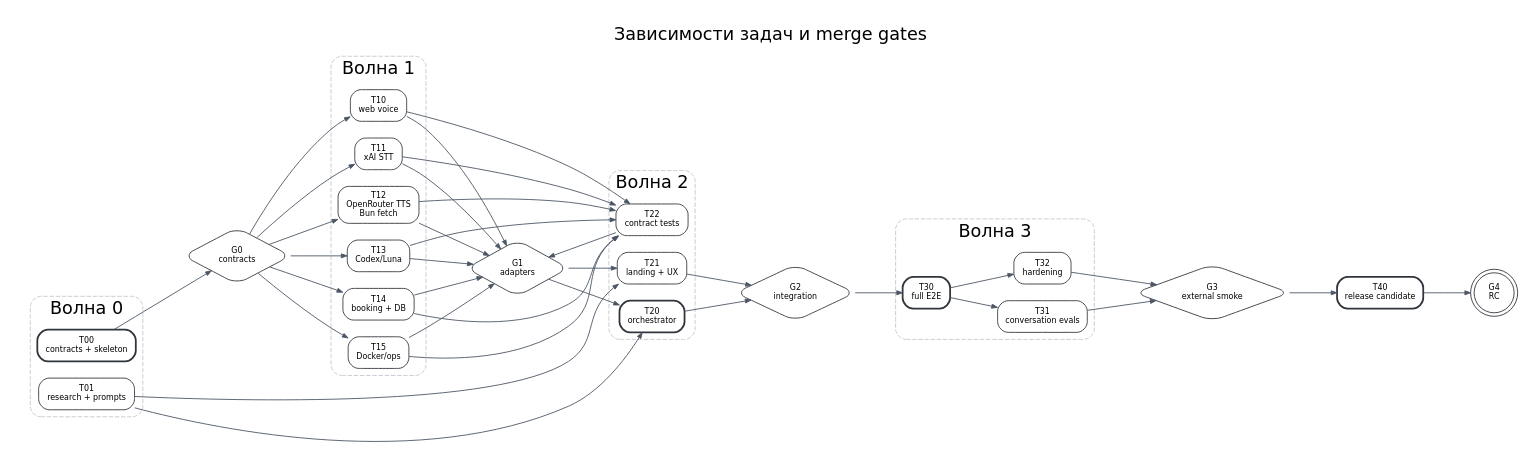
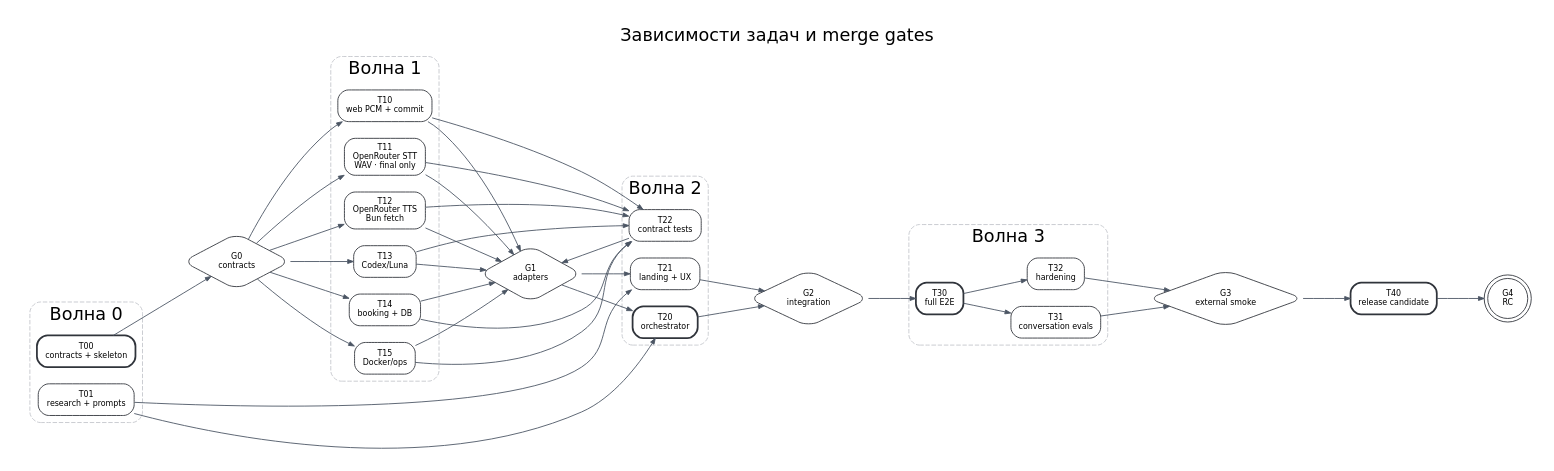
One commit to blockedby/botamin-voice changed the diagram in diagrams/07-task-dependencies.dot. Above: the diagram before and after it, drawn with Graphviz. The commit also changed 53 other files, not shown here.

First line of the commit message:
docs: make OpenRouter the only voice gateway (#8)

```diff
--- a/diagrams/07-task-dependencies.dot
+++ b/diagrams/07-task-dependencies.dot
@@ -1,50 +1,50 @@
 digraph G {
   graph [rankdir=LR, bgcolor="white", pad="0.25", nodesep="0.26", ranksep="0.75", fontname="DejaVu Sans", label="Зависимости задач и merge gates", labelloc=t, fontsize=20, compound=true];
   node [shape=box, style="rounded,filled", fillcolor="white", color="#30343b", fontname="DejaVu Sans", fontsize=9, margin="0.13,0.08"];
   edge [color="#4b5563", penwidth=1.0, arrowsize=0.65, fontname="DejaVu Sans", fontsize=7];
 
   subgraph cluster_w0 { label="Волна 0"; color="#c4c7cc"; style="rounded,dashed";
     t00 [label="T00\ncontracts + skeleton", penwidth=2.0];
     t01 [label="T01\nresearch + prompts"];
   }
   g0 [shape=diamond, label="G0\ncontracts"];
 
   subgraph cluster_w1 { label="Волна 1"; color="#c4c7cc"; style="rounded,dashed";
-    t10 [label="T10\nweb voice"];
-    t11 [label="T11\nxAI STT"];
+    t10 [label="T10\nweb PCM + commit"];
+    t11 [label="T11\nOpenRouter STT\nWAV · final only"];
     t12 [label="T12\nOpenRouter TTS\nBun fetch"];
     t13 [label="T13\nCodex/Luna"];
     t14 [label="T14\nbooking + DB"];
     t15 [label="T15\nDocker/ops"];
   }
   g1 [shape=diamond, label="G1\nadapters"];
 
   subgraph cluster_w2 { label="Волна 2"; color="#c4c7cc"; style="rounded,dashed";
     t20 [label="T20\norchestrator", penwidth=2.0];
     t21 [label="T21\nlanding + UX"];
     t22 [label="T22\ncontract tests"];
   }
   g2 [shape=diamond, label="G2\nintegration"];
 
   subgraph cluster_w3 { label="Волна 3"; color="#c4c7cc"; style="rounded,dashed";
     t30 [label="T30\nfull E2E", penwidth=2.0];
     t31 [label="T31\nconversation evals"];
     t32 [label="T32\nhardening"];
   }
   g3 [shape=diamond, label="G3\nexternal smoke"];
   t40 [label="T40\nrelease candidate", penwidth=2.0];
   g4 [shape=doublecircle, label="G4\nRC"];
 
   t00 -> g0;
   t01 -> t20;
   g0 -> {t10 t11 t12 t13 t14 t15};
   {t10 t11 t12 t13 t14 t15} -> t22;
   {t10 t11 t12 t13 t14 t15 t22} -> g1;
   g1 -> {t20 t21};
   t01 -> t21;
   {t20 t21} -> g2;
   g2 -> t30;
   t30 -> {t31 t32};
   {t31 t32} -> g3;
   g3 -> t40 -> g4;
 }
```
